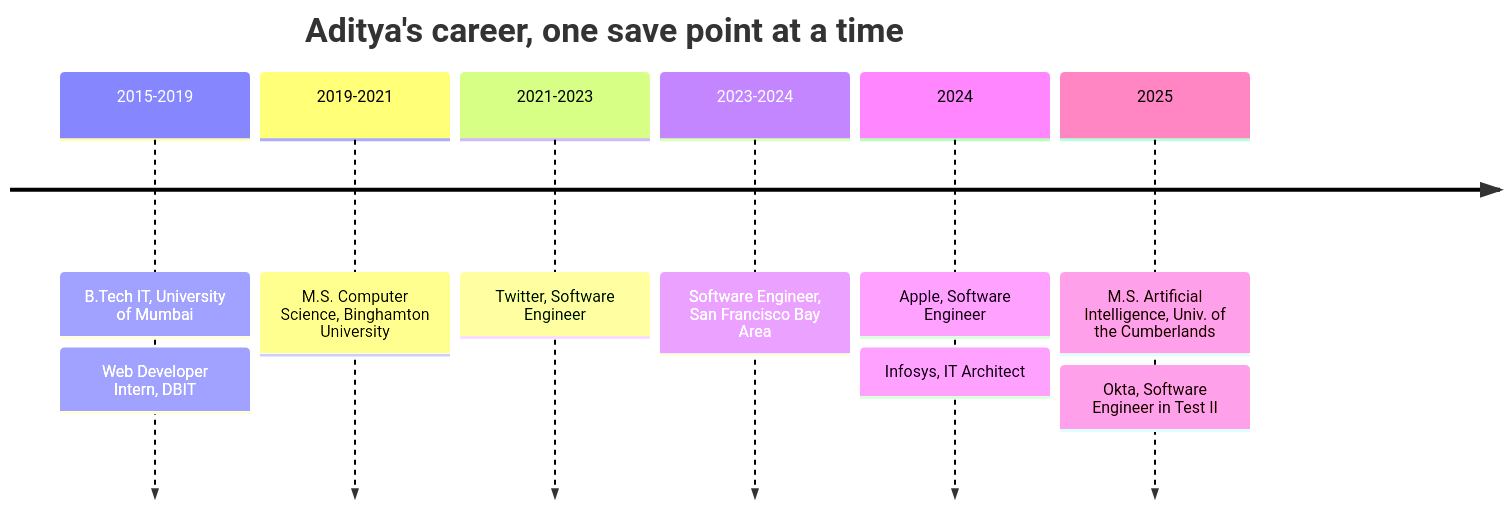
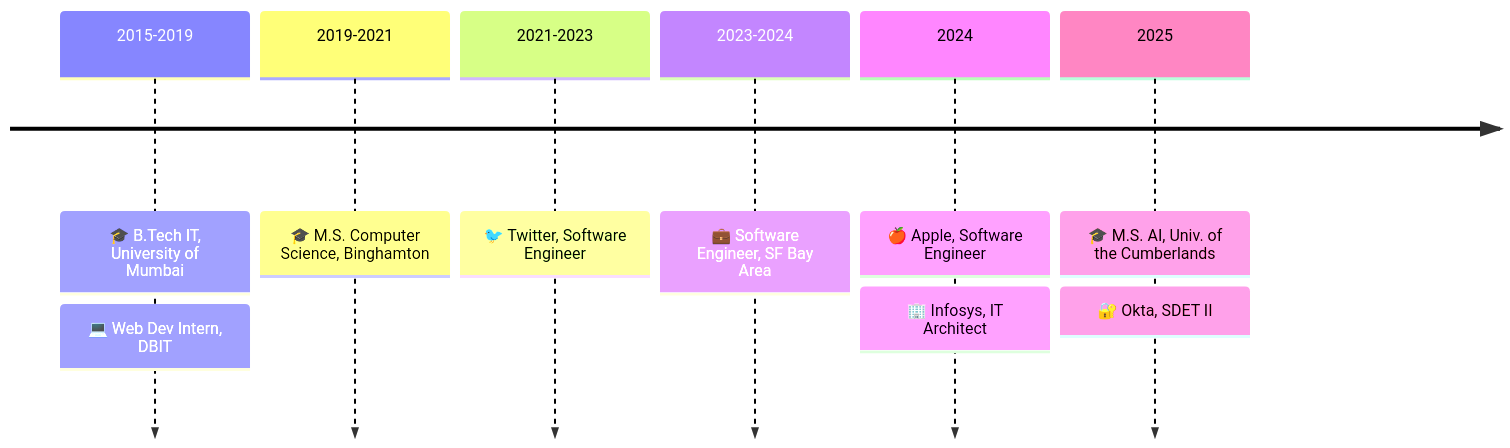
Before and after one commit to baggy2797/baggy2797: the third of 3 diagrams in README.md, drawn with Mermaid. The commit also changed other lines of this file, not shown here.

Commit message:
Redesign profile README UI: banner, project card grid, career table, stats

````diff
--- a/README.md
+++ b/README.md
@@ -143,13 +208,12 @@
 ```mermaid
 timeline
-    title Aditya's career, one save point at a time
-    2015-2019 : B.Tech IT, University of Mumbai
-              : Web Developer Intern, DBIT
-    2019-2021 : M.S. Computer Science, Binghamton University
-    2021-2023 : Twitter, Software Engineer
-    2023-2024 : Software Engineer, San Francisco Bay Area
-    2024      : Apple, Software Engineer
-              : Infosys, IT Architect
-    2025      : M.S. Artificial Intelligence, Univ. of the Cumberlands
-              : Okta, Software Engineer in Test II
+    2015-2019 : 🎓 B.Tech IT, University of Mumbai
+              : 💻 Web Dev Intern, DBIT
+    2019-2021 : 🎓 M.S. Computer Science, Binghamton
+    2021-2023 : 🐦 Twitter, Software Engineer
+    2023-2024 : 💼 Software Engineer, SF Bay Area
+    2024      : 🍎 Apple, Software Engineer
+              : 🏢 Infosys, IT Architect
+    2025      : 🎓 M.S. AI, Univ. of the Cumberlands
+              : 🔐 Okta, SDET II
 ```
````
